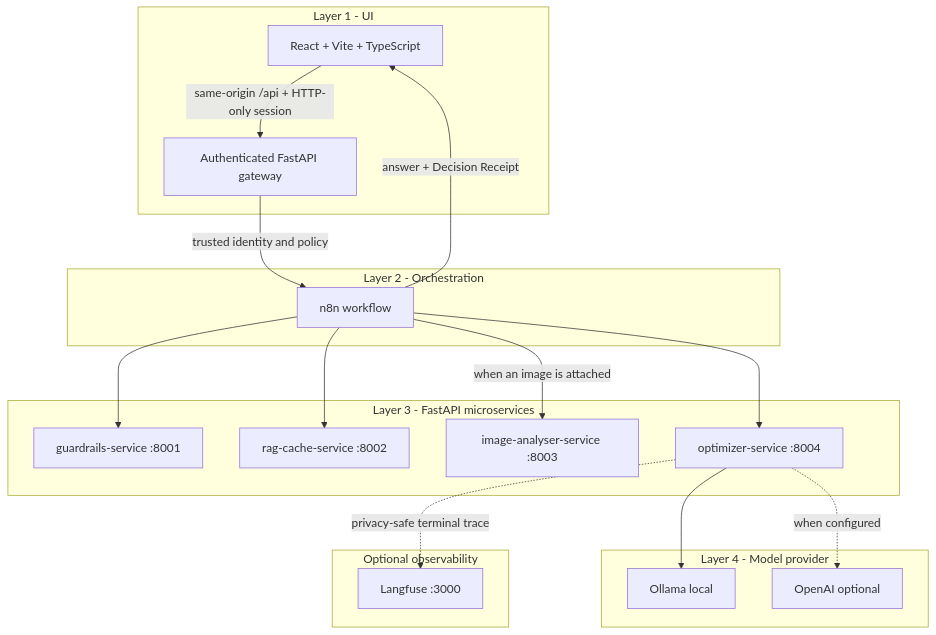
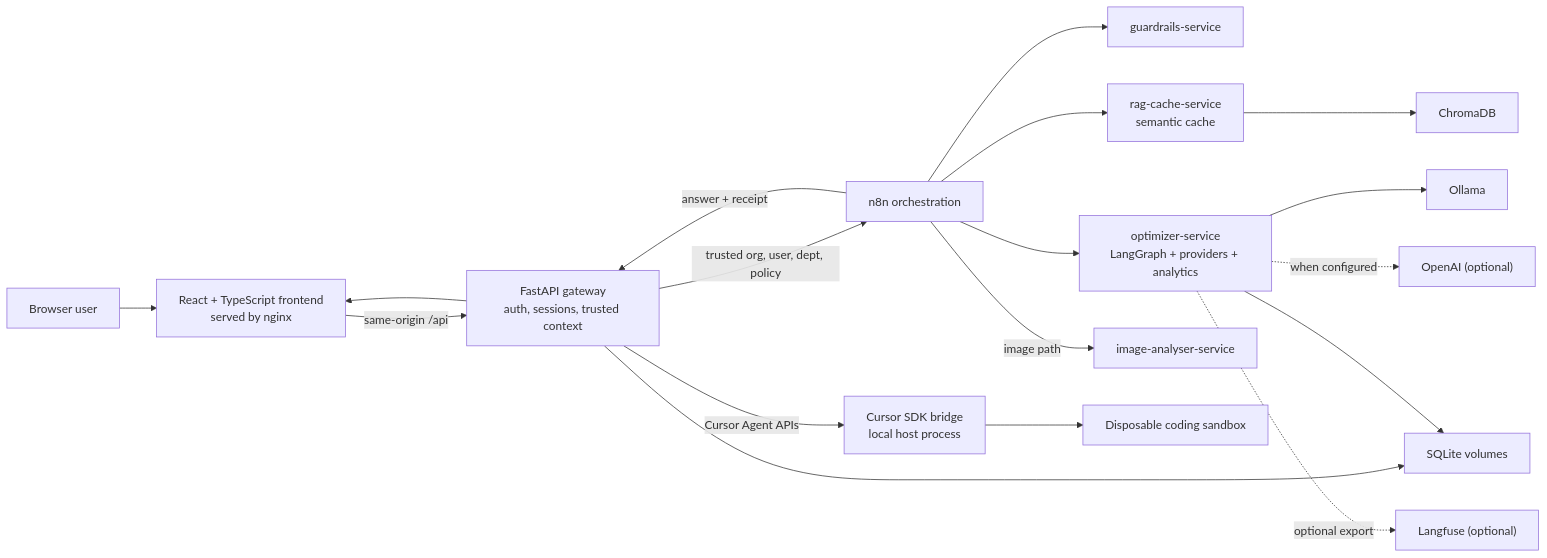
The first of 2 diagrams in README.md (tomeryoel/tokenwise), drawn with Mermaid before and after one commit. The commit also changed other lines of this file, not shown here.

Commit message:
docs: rewrite README for high-level product and architecture overview

````diff
--- a/README.md
+++ b/README.md
@@ -30,34 +36,36 @@
 ```mermaid
-flowchart TB
-    subgraph L1 [Layer 1 - UI]
-        UI["React + Vite + TypeScript"]
-        GW["Authenticated FastAPI gateway"]
-    end
-    subgraph L2 [Layer 2 - Orchestration]
-        N8N["n8n workflow"]
-    end
-    subgraph L3 [Layer 3 - FastAPI microservices]
-        GR["guardrails-service :8001"]
-        RAG["rag-cache-service :8002"]
-        IMG["image-analyser-service :8003"]
-        OPT["optimizer-service :8004"]
-    end
-    subgraph L4 [Layer 4 - Model provider]
-        OLLAMA["Ollama local"]
-        OPENAI["OpenAI optional"]
-    end
-    subgraph OBS [Optional observability]
-        LF["Langfuse :3000"]
-    end
+flowchart LR
+    User["Browser user"]
+    Frontend["React + TypeScript frontend<br/>served by nginx"]
+    Gateway["FastAPI gateway<br/>auth, sessions, trusted context"]
+    N8N["n8n orchestration"]
+    Guardrails["guardrails-service"]
+    Cache["rag-cache-service<br/>semantic cache"]
+    Optimizer["optimizer-service<br/>LangGraph + providers + analytics"]
+    Image["image-analyser-service"]
+    Bridge["Cursor SDK bridge<br/>local host process"]
+    Ollama["Ollama"]
+    OpenAI["OpenAI (optional)"]
+    SQLite["SQLite volumes"]
+    Chroma["ChromaDB"]
+    Langfuse["Langfuse (optional)"]
+    Sandbox["Disposable coding sandbox"]
 
-    UI -->|same-origin /api + HTTP-only session| GW
-    GW -->|trusted identity and policy| N8N
-    N8N --> GR
-    N8N --> RAG
-    N8N --> OPT
-    N8N -->|when an image is attached| IMG
-    OPT --> OLLAMA
-    OPT -. when configured .-> OPENAI
-    OPT -. privacy-safe terminal trace .-> LF
-    N8N -->|answer + Decision Receipt| UI
+    User --> Frontend
+    Frontend -->|same-origin /api| Gateway
+    Gateway -->|trusted org, user, dept, policy| N8N
+    N8N --> Guardrails
+    N8N --> Cache
+    N8N --> Optimizer
+    N8N -->|image path| Image
+    Optimizer --> Ollama
+    Optimizer -. when configured .-> OpenAI
+    Cache --> Chroma
+    Gateway -->|Cursor Agent APIs| Bridge
+    Bridge --> Sandbox
+    Gateway --> SQLite
+    Optimizer --> SQLite
+    Optimizer -. optional export .-> Langfuse
+    N8N -->|answer + receipt| Gateway
+    Gateway --> Frontend
 ```
````
